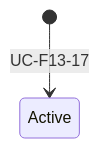
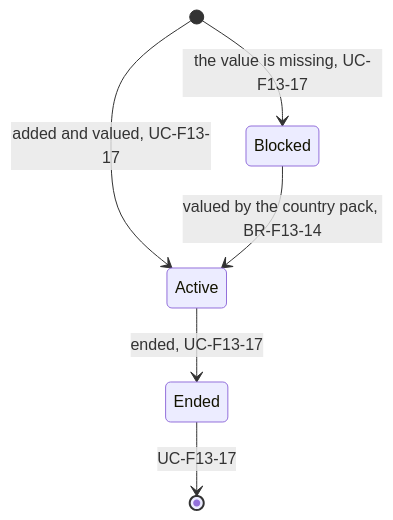
One commit to gpbcom/SimpleERP changed the second of 2 diagrams in docs/specs/02-functional/f13-payroll/data/e-f13-26-employee-benefit.md. Above: the diagram before and after it, drawn with Mermaid. The commit also changed other lines of this file and 8816 other files, not shown here.

````diff
--- a/docs/specs/02-functional/f13-payroll/data/e-f13-26-employee-benefit.md
+++ b/docs/specs/02-functional/f13-payroll/data/e-f13-26-employee-benefit.md
@@ -25,4 +49,8 @@
 ```mermaid
 stateDiagram-v2
-  [*] --> Active : UC-F13-17
+  [*] --> Active : added and valued, UC-F13-17
+  [*] --> Blocked : the value is missing, UC-F13-17
+  Blocked --> Active : valued by the country pack, BR-F13-14
+  Active --> Ended : ended, UC-F13-17
+  Ended --> [*] : UC-F13-17
 ```
````
